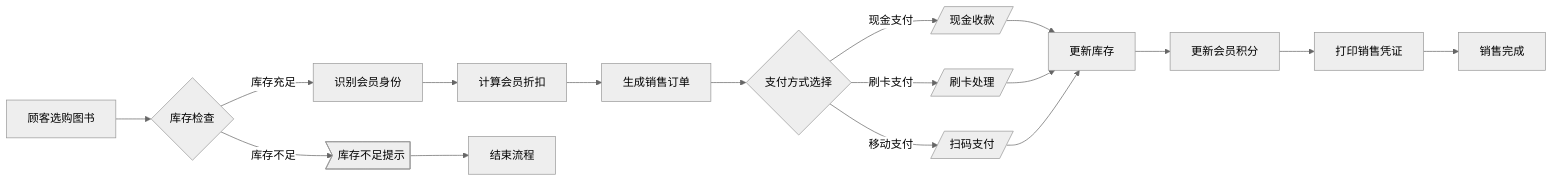
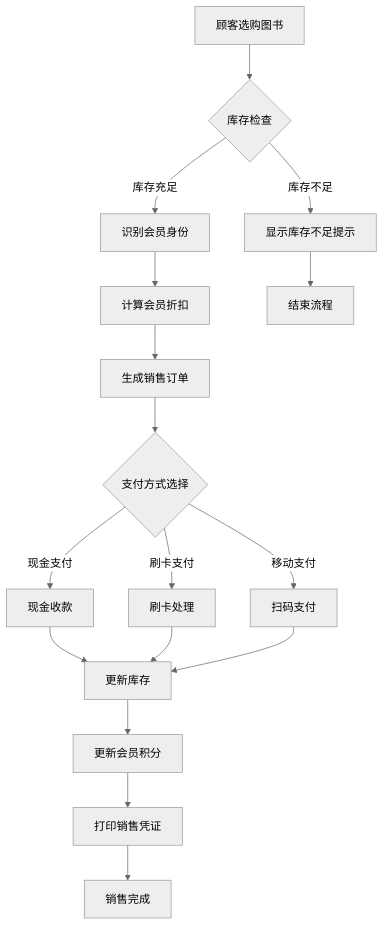
One commit to HelloMe66/iodraw-files changed the diagram in all/未命名-4.md. Above: the diagram before and after it, drawn with Mermaid (neutral theme).

Commit message:
2025-12-05 14:24:21 update

````diff
--- a/all/未命名-4.md
+++ b/all/未命名-4.md
@@ -1,15 +1,19 @@
 ```mermaid
-flowchart LR
+graph TD
     A[顾客选购图书] --> B{库存检查}
     B -->|库存充足| C[识别会员身份]
-    B -->|库存不足| D>库存不足提示]
-    
-    C --> E[计算会员折扣] --> F[生成销售订单] --> G{支付方式选择}
-    
-    G -->|现金支付| H[/现金收款/]
-    G -->|刷卡支付| I[/刷卡处理/]
-    G -->|移动支付| J[/扫码支付/]
-    
-    H & I & J --> K[更新库存] --> L[更新会员积分] --> M[打印销售凭证] --> N[销售完成]
+    B -->|库存不足| D[显示库存不足提示]
+    C --> E[计算会员折扣]
+    E --> F[生成销售订单]
+    F --> G{支付方式选择}
+    G -->|现金支付| H[现金收款]
+    G -->|刷卡支付| I[刷卡处理]
+    G -->|移动支付| J[扫码支付]
+    H --> K[更新库存]
+    I --> K
+    J --> K
+    K --> L[更新会员积分]
+    L --> M[打印销售凭证]
+    M --> N[销售完成]
     D --> O[结束流程]
 ```
````
